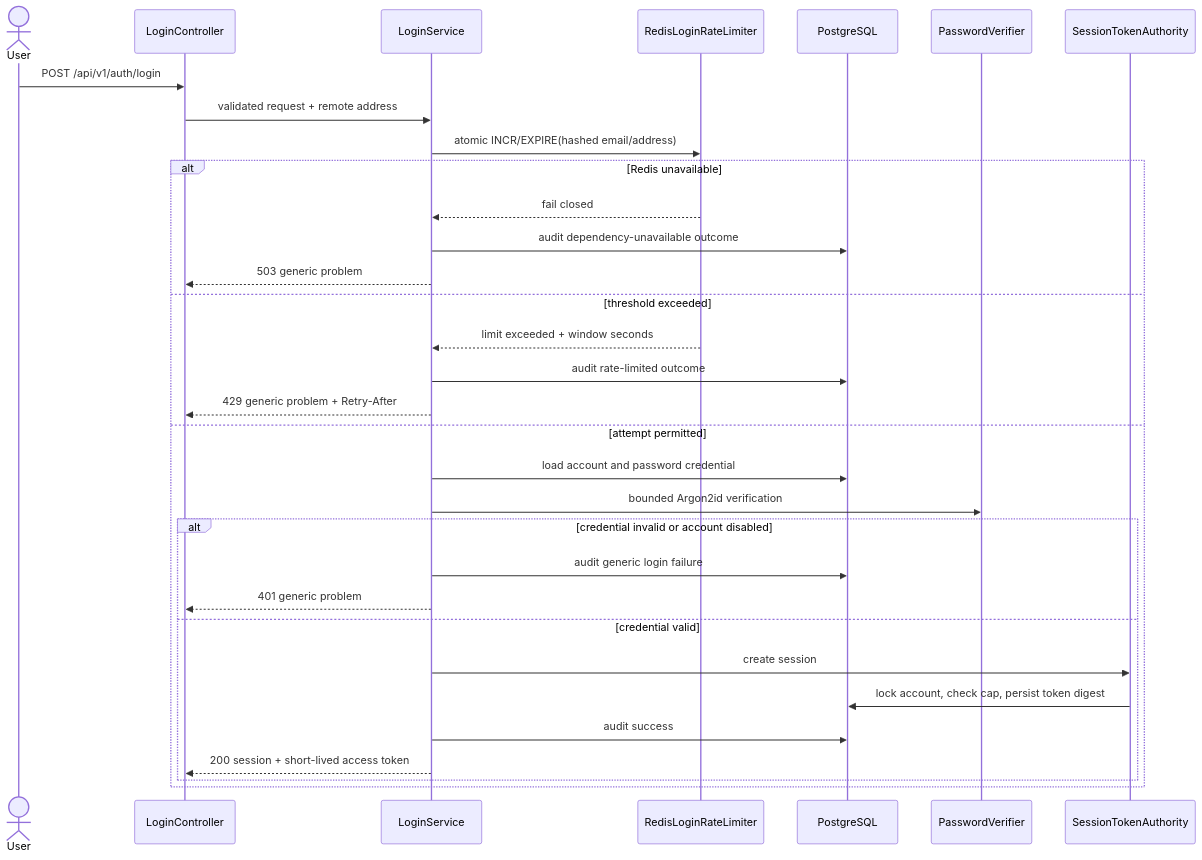
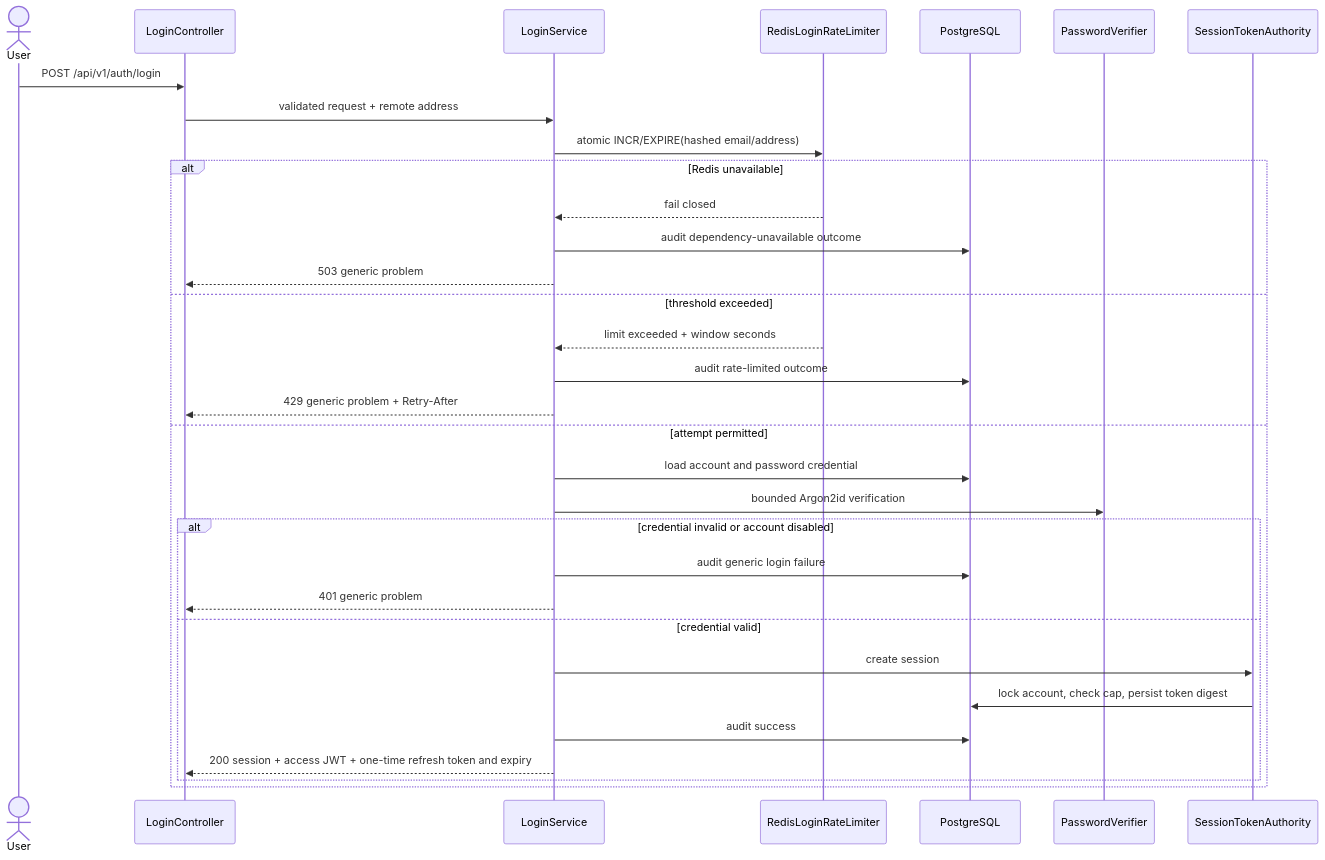
One commit to tdespenza/lifeos changed the second of 4 diagrams in docs/diagrams/identity-login.md. Above: the diagram before and after it, drawn with Mermaid. The commit also changed other lines of this file and 48 other files, not shown here.

First line of the commit message:
Implement JWT issuance and refresh rotation (#242)

````diff
--- a/docs/diagrams/identity-login.md
+++ b/docs/diagrams/identity-login.md
@@ -30,34 +30,34 @@
 ```mermaid
 sequenceDiagram
     actor User
     participant API as LoginController
     participant App as LoginService
     participant Redis as RedisLoginRateLimiter
     participant DB as PostgreSQL
     participant Argon as PasswordVerifier
     participant Authority as SessionTokenAuthority
     User->>API: POST /api/v1/auth/login
     API->>App: validated request + remote address
     App->>Redis: atomic INCR/EXPIRE(hashed email/address)
     alt Redis unavailable
         Redis-->>App: fail closed
         App->>DB: audit dependency-unavailable outcome
         App-->>API: 503 generic problem
     else threshold exceeded
         Redis-->>App: limit exceeded + window seconds
         App->>DB: audit rate-limited outcome
         App-->>API: 429 generic problem + Retry-After
     else attempt permitted
         App->>DB: load account and password credential
         App->>Argon: bounded Argon2id verification
         alt credential invalid or account disabled
             App->>DB: audit generic login failure
             App-->>API: 401 generic problem
         else credential valid
             App->>Authority: create session
             Authority->>DB: lock account, check cap, persist token digest
             App->>DB: audit success
-            App-->>API: 200 session + short-lived access token
+            App-->>API: 200 session + access JWT + one-time refresh token and expiry
         end
     end
 ```
````
